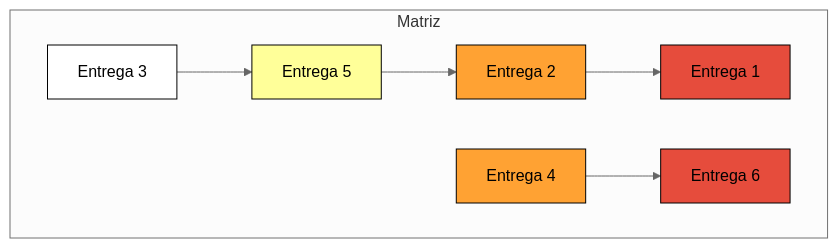
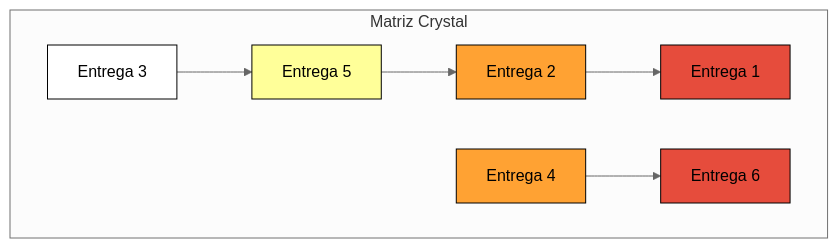
The diagram in README.md (erlonviana/Gantt-Crystal), drawn with Mermaid (neutral theme) before and after one commit.

````diff
--- a/README.md
+++ b/README.md
@@ -5,15 +5,15 @@
 ```mermaid
 graph TD
-  subgraph Matriz
+  subgraph Matriz Crystal
     D8["Entrega 3"]:::branco --> C20["Entrega 5"]:::amarelo --> D80["Entrega 2"]:::laranja --> D100a["Entrega 1"]:::vermelho
     D10["Entrega 4"]:::laranja --> D100b["Entrega 6"]:::vermelho
 
   end
 
 classDef branco fill:#fff, stroke:#000, stroke-width:1px;
 classDef amarelo fill:#FFFF99, stroke:#000, stroke-width:1px;
 classDef laranja fill:#FFA233, stroke:#000, stroke-width:1px;
 classDef vermelho fill:#E64C3C, stroke:#000, stroke-width:1px;
 
 
 ```
````
